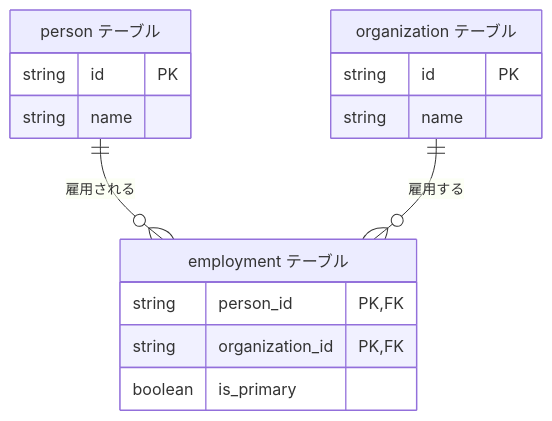
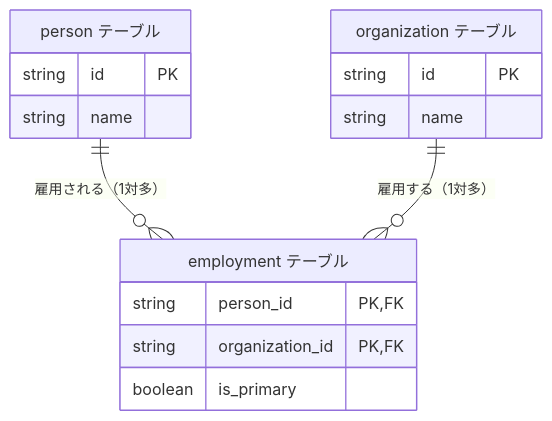
The tenth of 30 diagrams in docs/software/software_middleware_database_rdb_er.md (hiroki-it/tech-notebook), drawn with Mermaid before and after one commit. The commit also changed other lines of this file and 4 other files, not shown here.

````diff
--- a/docs/software/software_middleware_database_rdb_er.md
+++ b/docs/software/software_middleware_database_rdb_er.md
@@ -301,21 +301,21 @@
 ```mermaid
 erDiagram
   person["person テーブル"] {
     string id PK
     string name
   }
 
   organization["organization テーブル"] {
     string id PK
     string name
   }
 
   employment["employment テーブル"] {
     string person_id PK,FK
     string organization_id PK,FK
     boolean is_primary
   }
 
-  person ||--o{ employment : "雇用される"
-  organization ||--o{ employment : "雇用する"
+  person ||--o{ employment : "雇用される（1対多）"
+  organization ||--o{ employment : "雇用する（1対多）"
 ```
````
